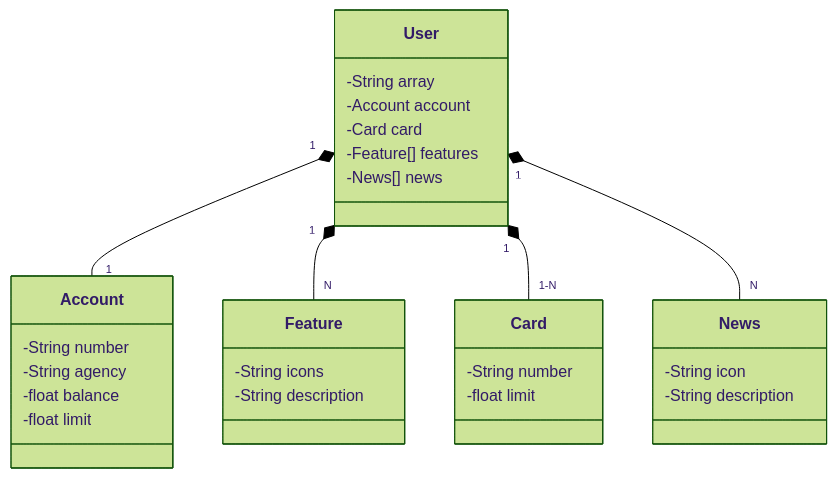
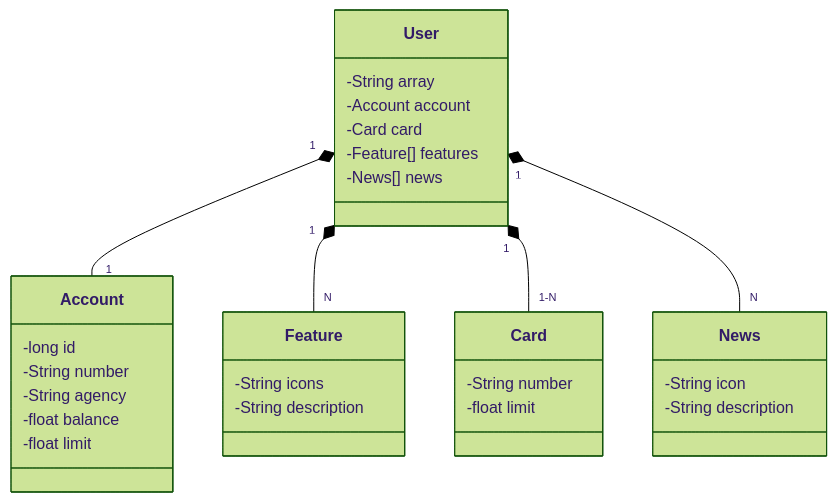
Before and after one commit to HenriSousa/Santander-Dev-Week: the diagram in README.md, drawn with Mermaid (forest theme).

````diff
--- a/README.md
+++ b/README.md
@@ -7,39 +7,40 @@
 ``` mermaid
 
 classDiagram
     class User {
         -String array
         -Account account
         -Card card
         -Feature[] features
         -News[] news
     }
 
     class Account {
+        -long id
         -String number
         -String agency
         -float balance
         -float limit
     }
 
     class Feature {
         -String icons
         -String description
     }
 
     class Card {
         -String number
         -float limit
     }
 
     class News {
         -String icon
         -String description
     }
 
     User "1" *-- "1" Account
     User "1" *-- "N" Feature
     User "1" *-- "1-N" Card
     User "1" *-- "N" News
 
 ```
````
